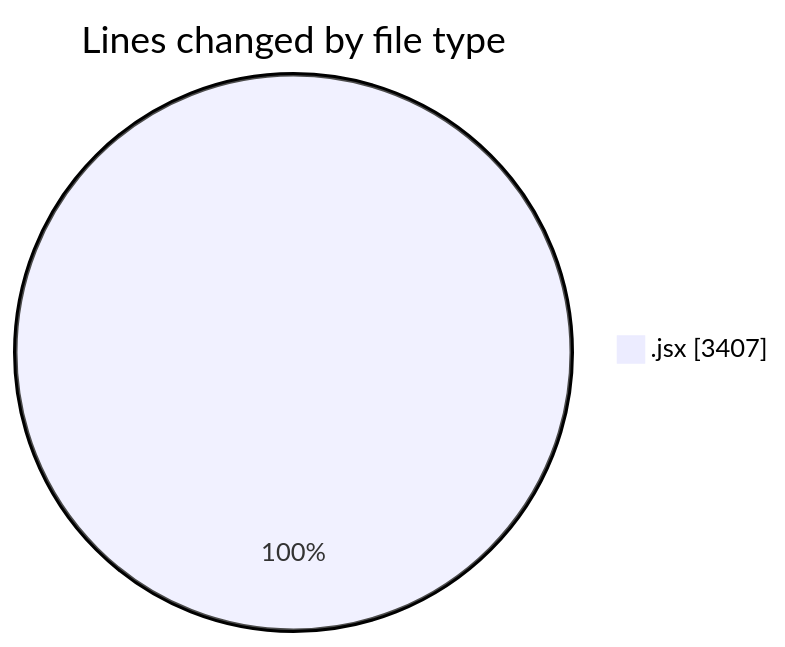
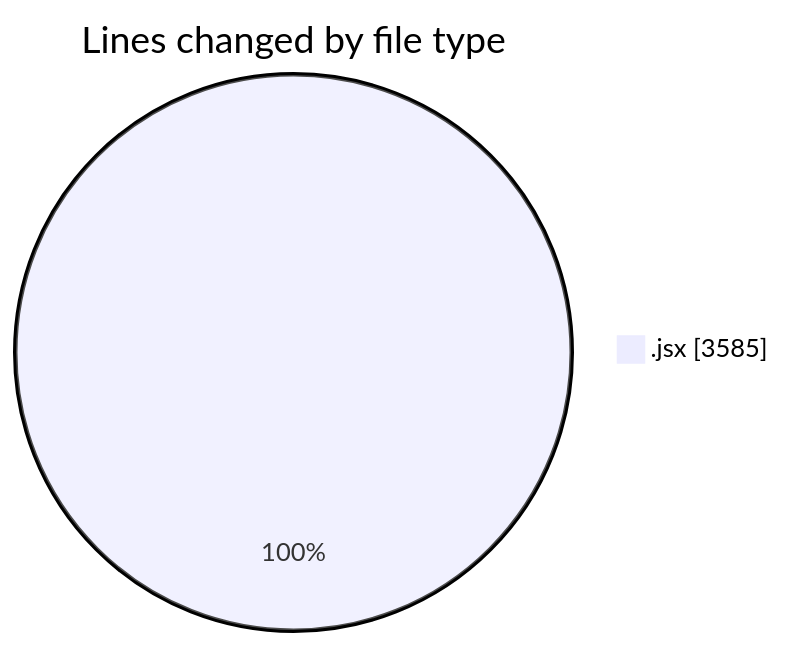
One commit to nxtqubesakshisongat/code-tracking changed the first of 2 diagrams in 2025-05-05/nxtqube_webapp/README.md. Above: the diagram before and after it, drawn with Mermaid. The commit also changed other lines of this file and 1 other file, not shown here.

````diff
--- a/2025-05-05/nxtqube_webapp/README.md
+++ b/2025-05-05/nxtqube_webapp/README.md
@@ -20,5 +20,5 @@
 ```mermaid
 pie showData
 title Lines changed by file type
-".jsx" : 3407
+".jsx" : 3585
 ```
````
